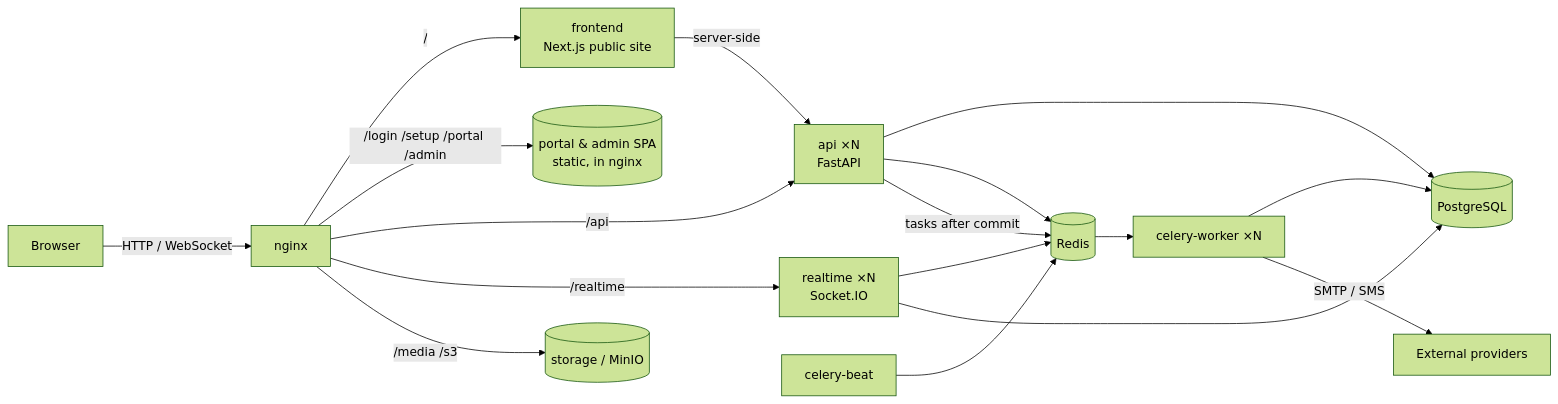
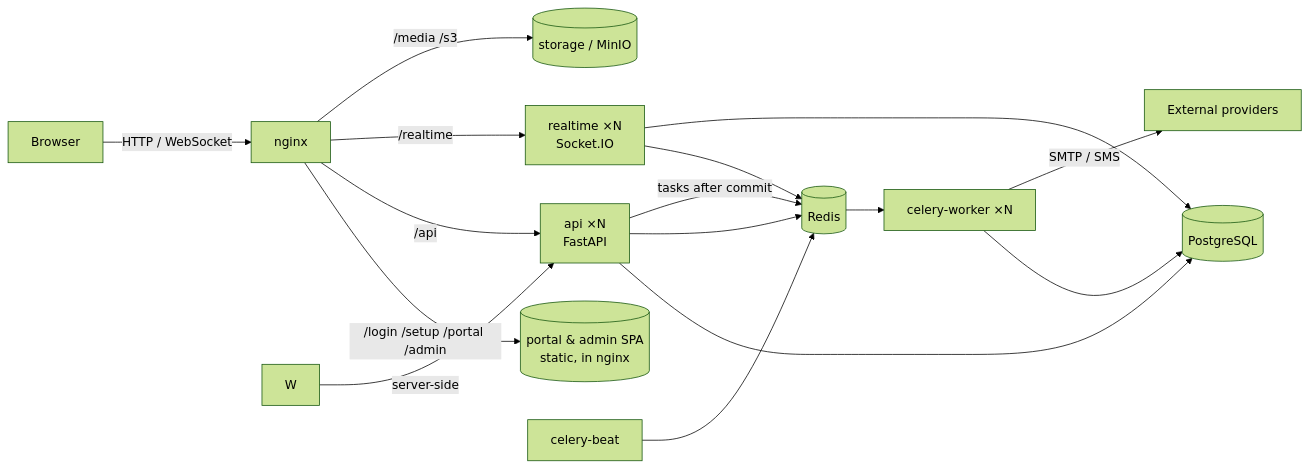
The diagram in docs/ARCHITECTURE.md (asadk6103/sst-alumni-connect), drawn with Mermaid (forest theme) before and after one commit. The commit also changed 75 other files, not shown here.

````diff
--- a/docs/ARCHITECTURE.md
+++ b/docs/ARCHITECTURE.md
@@ -3,18 +3,17 @@
 ```mermaid
 flowchart LR
   B[Browser] -->|HTTP / WebSocket| N[nginx]
-  N -->|/| W[frontend<br/>Next.js public site]
   N -->|/login /setup /portal /admin| S[(portal & admin SPA<br/>static, in nginx)]
   N -->|/api| A1[api ×N<br/>FastAPI]
   N -->|/realtime| R1[realtime ×N<br/>Socket.IO]
   N -->|/media /s3| M[(storage / MinIO)]
   W -->|server-side| A1
   A1 --> P[(PostgreSQL)]
   A1 --> RD[(Redis)]
   R1 --> RD
   R1 --> P
   A1 -->|tasks after commit| RD
   RD --> C[celery-worker ×N] --> P
   C -->|SMTP / SMS| X[External providers]
   BT[celery-beat] --> RD
 ```
````
